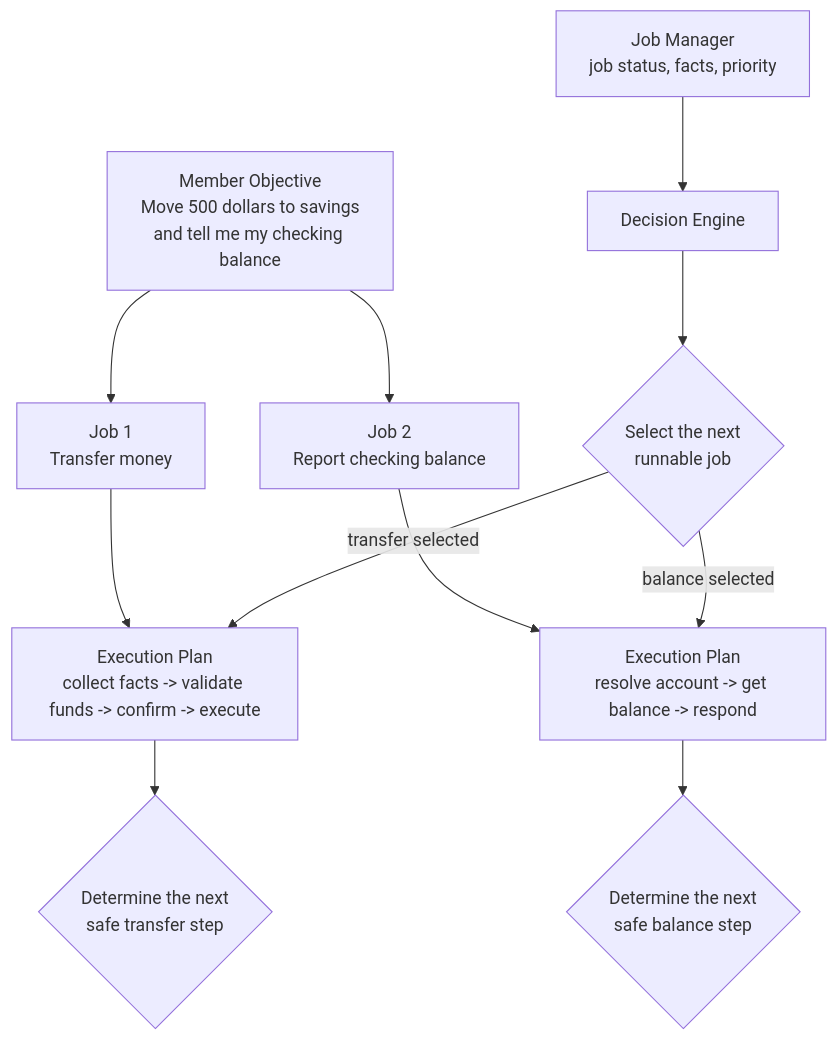
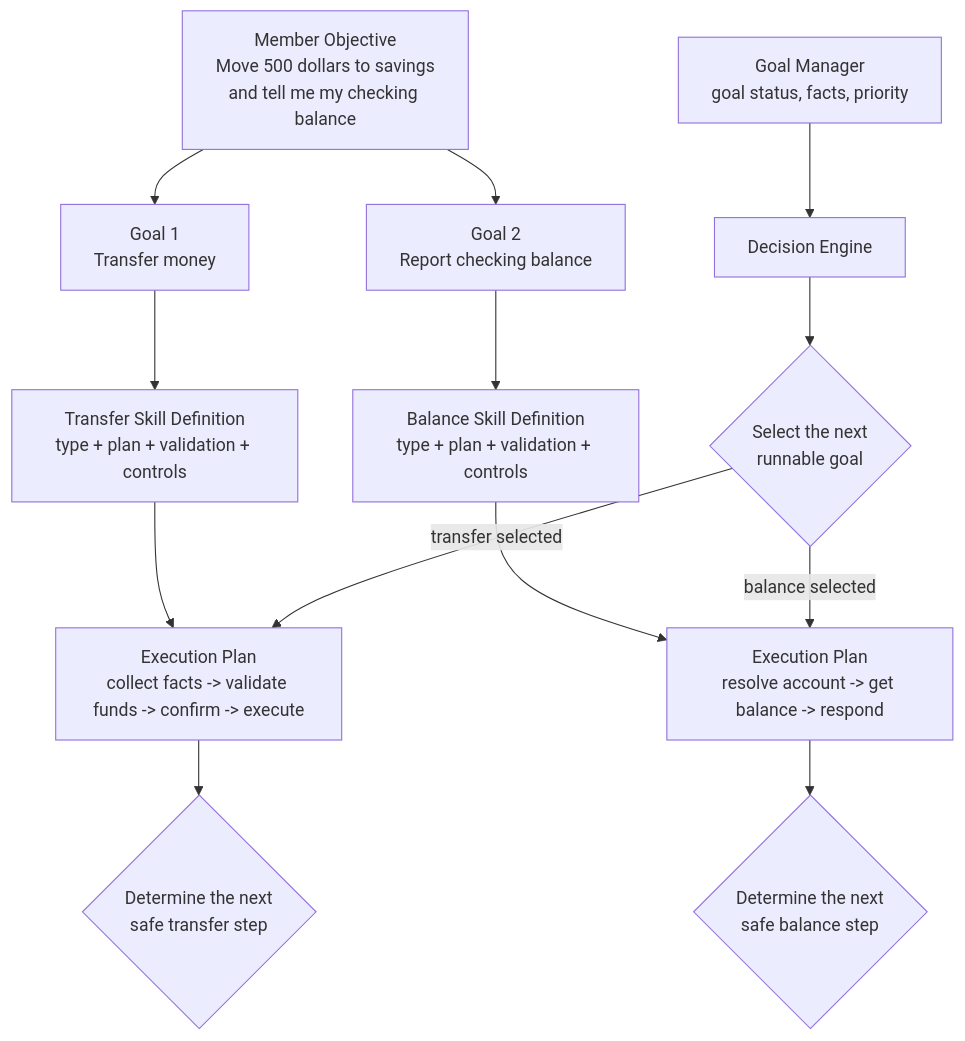
The fifth of 14 diagrams in docs/Agentic_Chat_Architecture_Deck.md (bhochhi/nexus), drawn with Mermaid before and after one commit. The commit also changed other lines of this file, not shown here.

Commit message:
refactor: update terminology from jobs to goals in architecture deck

````diff
--- a/docs/Agentic_Chat_Architecture_Deck.md
+++ b/docs/Agentic_Chat_Architecture_Deck.md
@@ -168,15 +171,17 @@
 ```mermaid
 flowchart TD
-    MO["Member Objective<br/>Move 500 dollars to savings<br/>and tell me my checking balance"] --> J1["Job 1<br/>Transfer money"]
-    MO --> J2["Job 2<br/>Report checking balance"]
+    MO["Member Objective<br/>Move 500 dollars to savings<br/>and tell me my checking balance"] --> G1["Goal 1<br/>Transfer money"]
+    MO --> G2["Goal 2<br/>Report checking balance"]
 
-    J1 --> P1["Execution Plan<br/>collect facts -> validate funds -> confirm -> execute"]
-    J2 --> P2["Execution Plan<br/>resolve account -> get balance -> respond"]
+    G1 --> S1["Transfer Skill Definition<br/>type + plan + validation + controls"]
+    G2 --> S2["Balance Skill Definition<br/>type + plan + validation + controls"]
+    S1 --> P1["Execution Plan<br/>collect facts -> validate funds -> confirm -> execute"]
+    S2 --> P2["Execution Plan<br/>resolve account -> get balance -> respond"]
 
-    JM["Job Manager<br/>job status, facts, priority"] --> DE[Decision Engine]
-    DE --> Q1{"Select the next<br/>runnable job"}
+    GM["Goal Manager<br/>goal status, facts, priority"] --> DE[Decision Engine]
+    DE --> Q1{"Select the next<br/>runnable goal"}
     Q1 -->|transfer selected| P1
     Q1 -->|balance selected| P2
     P1 --> Q2{"Determine the next<br/>safe transfer step"}
     P2 --> Q3{"Determine the next<br/>safe balance step"}
 ```
````
